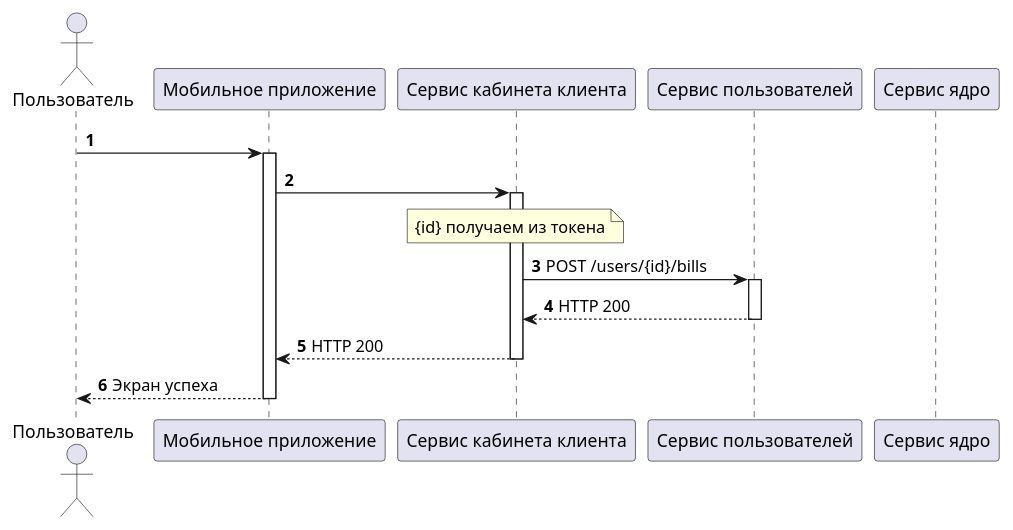
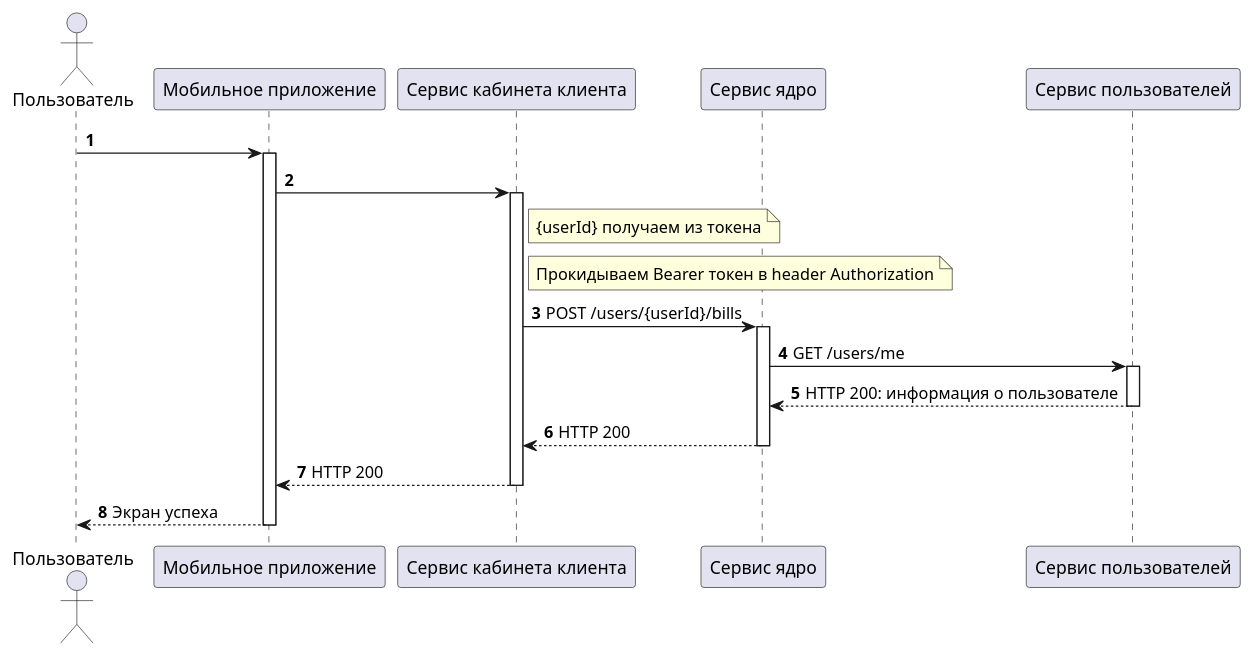
One commit to AlekseyFeofilov/HubaBank changed the diagram in diagrams/client/Открыть счет.puml. Above: the diagram before and after it, drawn with PlantUML. The commit also changed 13 other files, not shown here.

Commit message:
Исправление диаграмм

```diff
--- a/diagrams/client/Открыть счет.puml
+++ b/diagrams/client/Открыть счет.puml
@@ -1,28 +1,36 @@
 @startuml
 'https://plantuml.com/sequence-diagram
 
 autonumber
 
 actor "Пользователь" as User
 participant "Мобильное приложение" as MobileApp
 participant "Сервис кабинета клиента" as ClientService
+participant "Сервис ядро" as CoreService
 participant "Сервис пользователей" as UserService
-participant "Сервис ядро" as CoreService
 
 User -> MobileApp
 activate MobileApp
 
     MobileApp -> ClientService
     activate ClientService
 
-        note over ClientService
-        {id} получаем из токена
+        note right ClientService
+        {userId} получаем из токена
         end note
 
-        ClientService -> UserService: POST /users/{id}/bills
-        activate UserService
+        note right ClientService
+        Прокидываем Bearer токен в header Authorization
+        end note
+
+        ClientService -> CoreService: POST /users/{userId}/bills
+        activate CoreService
+
+            CoreService -> UserService: GET /users/me
+            activate UserService
+            return HTTP 200: информация о пользователе
         return HTTP 200
     return HTTP 200
 return Экран успеха
 
 @enduml
```
